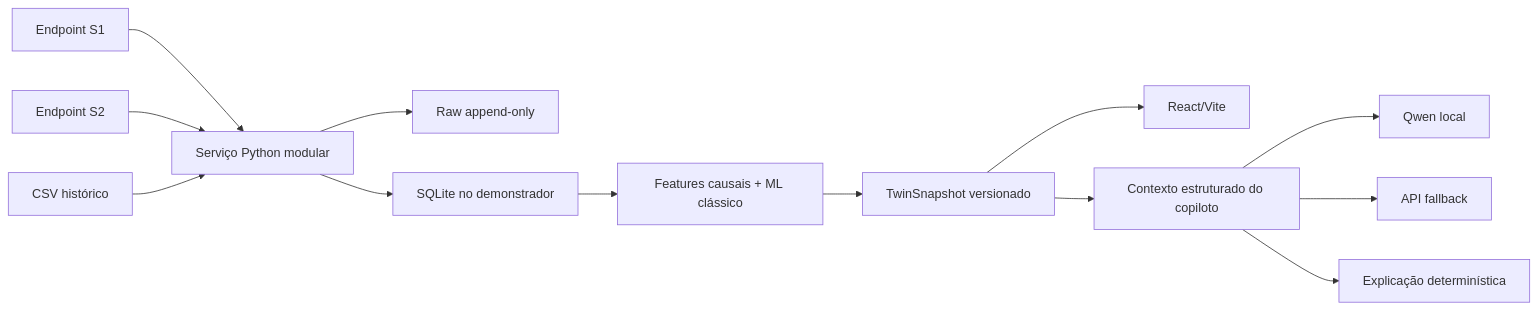
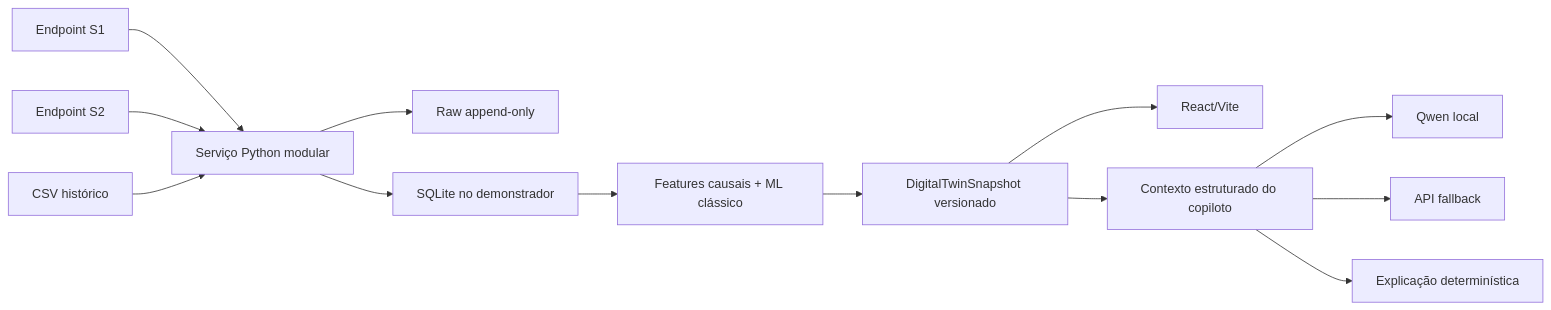
The diagram in docs/superpowers/specs/2026-08-12-forzy-twinops-demonstrador-preditivo-design.md (9luis7/forzy-twinops), drawn with Mermaid before and after one commit. The commit also changed other lines of this file and 13 other files, not shown here.

````diff
--- a/docs/superpowers/specs/2026-08-12-forzy-twinops-demonstrador-preditivo-design.md
+++ b/docs/superpowers/specs/2026-08-12-forzy-twinops-demonstrador-preditivo-design.md
@@ -69,15 +69,15 @@
 ```mermaid
 flowchart LR
     S1["Endpoint S1"] --> API["Serviço Python modular"]
     S2["Endpoint S2"] --> API
     CSV["CSV histórico"] --> API
     API --> RAW["Raw append-only"]
     API --> DB["SQLite no demonstrador"]
     DB --> ML["Features causais + ML clássico"]
-    ML --> SNAP["TwinSnapshot versionado"]
+    ML --> SNAP["DigitalTwinSnapshot versionado"]
     SNAP --> FE["React/Vite"]
     SNAP --> COP["Contexto estruturado do copiloto"]
     COP --> LOCAL["Qwen local"]
     COP --> CLOUD["API fallback"]
     COP --> DET["Explicação determinística"]
 ```
````
